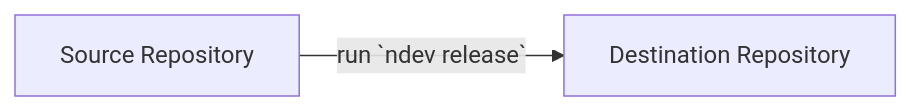
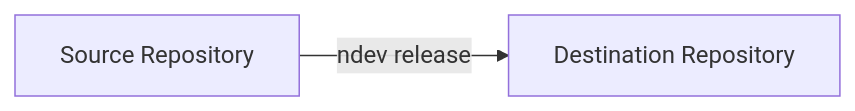
Before and after one commit to numdes/ndev: the diagram in README.md, drawn with Mermaid.

````diff
--- a/README.md
+++ b/README.md
@@ -33,7 +33,7 @@
 ```mermaid
 flowchart LR
     SourceRepo[Source Repository]
     DestinationRepo[Destination Repository]
-    SourceRepo -->|run `ndev release`| DestinationRepo
+    SourceRepo -->|ndev release| DestinationRepo
 
 ```
````
